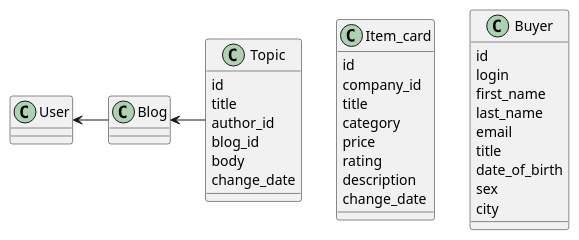
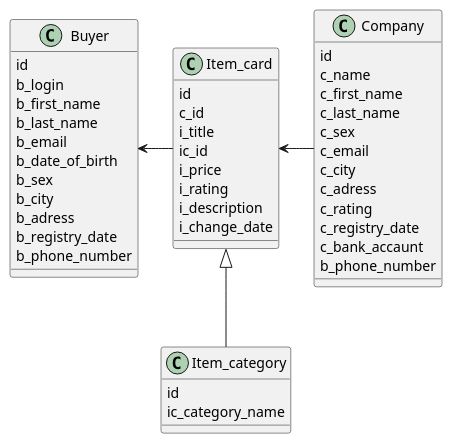
One commit to MrRozum/mai_arch_hw changed the second of 2 diagrams in components.md. Above: the diagram before and after it, drawn with PlantUML. The commit also changed other lines of this file and 1 other file, not shown here.

Commit message:
Fixed wrong data scheme

````diff
--- a/components.md
+++ b/components.md
@@ -95,40 +96,55 @@
 ```puml
 @startuml
 
+class Company {
+  id
+  c_name
+  c_first_name
+  c_last_name
+  c_sex
+  c_email
+  c_city
+  c_adress
+  c_rating
+  c_registry_date
+  c_bank_accaunt
+  b_phone_number
+}
+
+class Item_category {
+  id
+  ic_category_name
+}
+
 class Item_card {
   id
-  company_id
-  title
-  category
-  price
-  rating
-  description
-  change_date
+  c_id
+  i_title
+  ic_id
+  i_price
+  i_rating
+  i_description
+  i_change_date
 }
 
 class Buyer {
   id
-  login
-  first_name
-  last_name
-  email
-  title
-  date_of_birth
-  sex
-  city
+  b_login
+  b_first_name
+  b_last_name
+  b_email
+  b_date_of_birth
+  b_sex
+  b_city
+  b_adress
+  b_registry_date
+  b_phone_number
 }
 
-class Topic {
-  id
-  title
-  author_id
-  blog_id
-  body
-  change_date
-}
 
-User <- Blog
-Blog <- Topic
+Item_card <|-- Item_category
+Item_card <- Company
+Buyer <- Item_card
 
 @enduml
 ```
````
